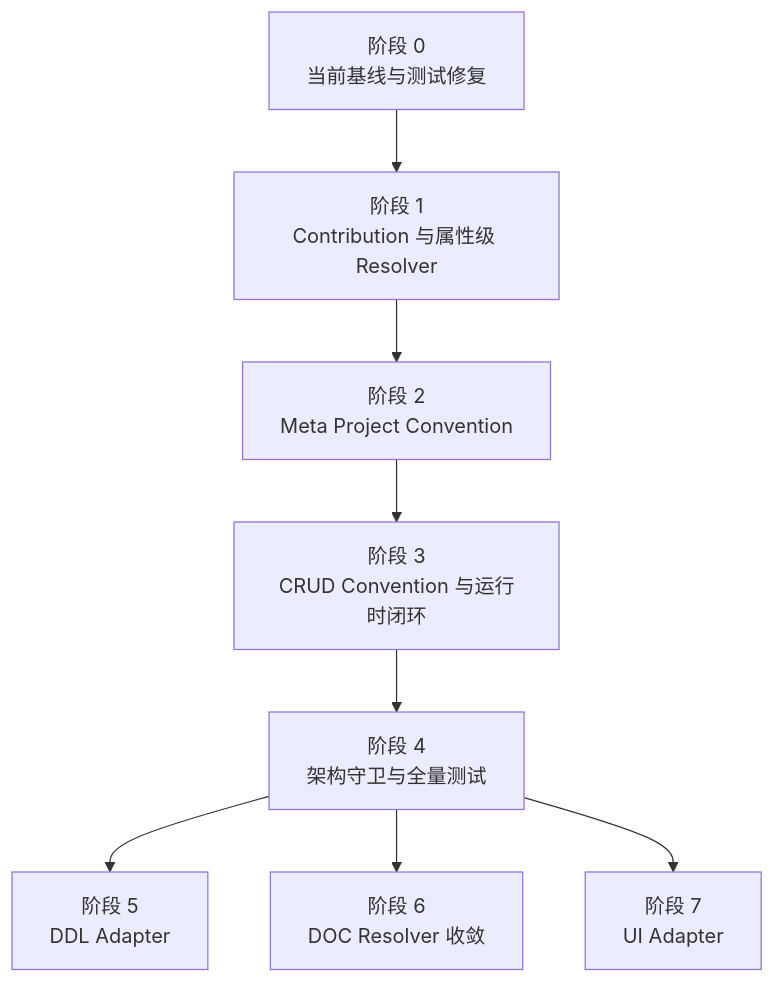
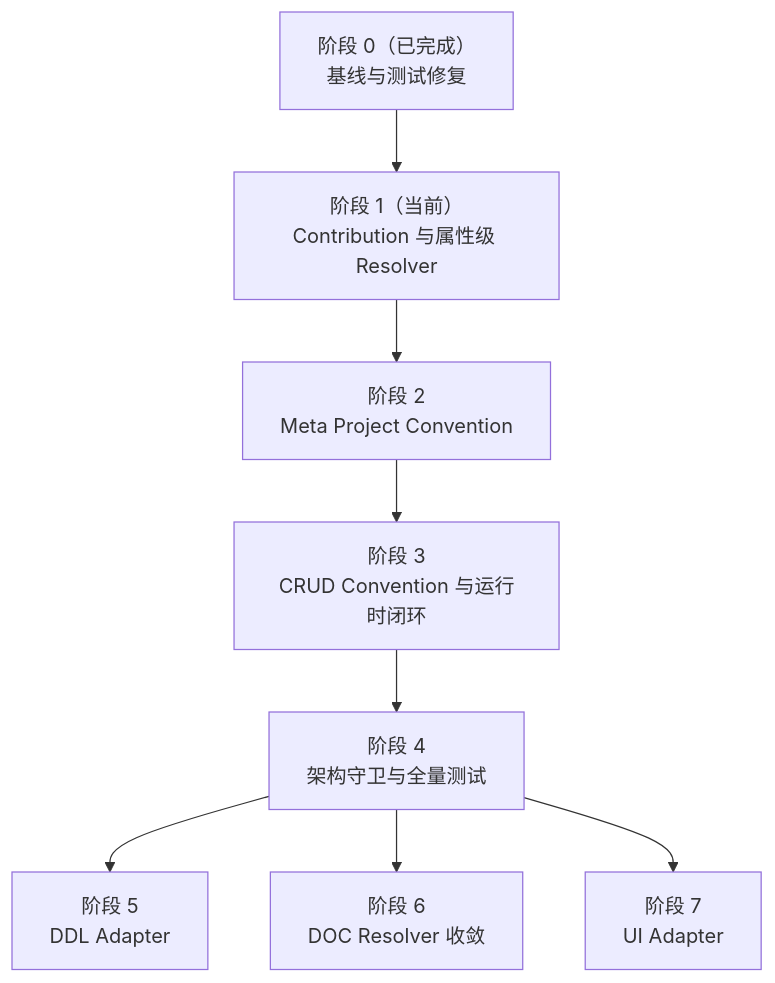
The diagram in docs/work/meta/metadata-resolution-phase-plan.md (ent-loom/ent-loom), drawn with Mermaid before and after one commit. The commit also changed other lines of this file and 8 other files, not shown here.

Commit message:
文档：归一化路线图状态并设定 Java 21 基线

````diff
--- a/docs/work/meta/metadata-resolution-phase-plan.md
+++ b/docs/work/meta/metadata-resolution-phase-plan.md
@@ -11,10 +11,10 @@
 ```mermaid
 flowchart TD
-    P0["阶段 0<br/>当前基线与测试修复"] --> P1["阶段 1<br/>Contribution 与属性级 Resolver"]
+    P0["阶段 0（已完成）<br/>基线与测试修复"] --> P1["阶段 1（当前）<br/>Contribution 与属性级 Resolver"]
     P1 --> P2["阶段 2<br/>Meta Project Convention"]
     P2 --> P3["阶段 3<br/>CRUD Convention 与运行时闭环"]
     P3 --> P4["阶段 4<br/>架构守卫与全量测试"]
     P4 --> P5["阶段 5<br/>DDL Adapter"]
     P4 --> P6["阶段 6<br/>DOC Resolver 收敛"]
     P4 --> P7["阶段 7<br/>UI Adapter"]
 ```
````
